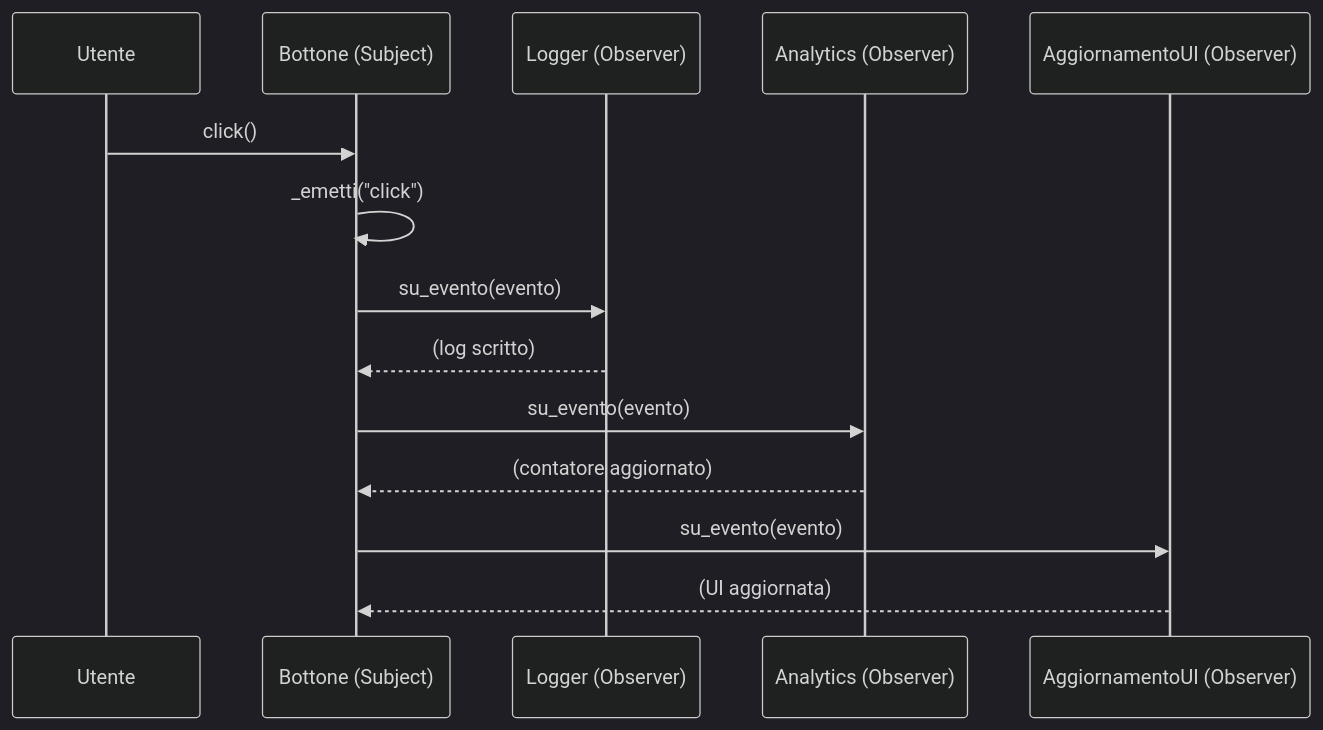
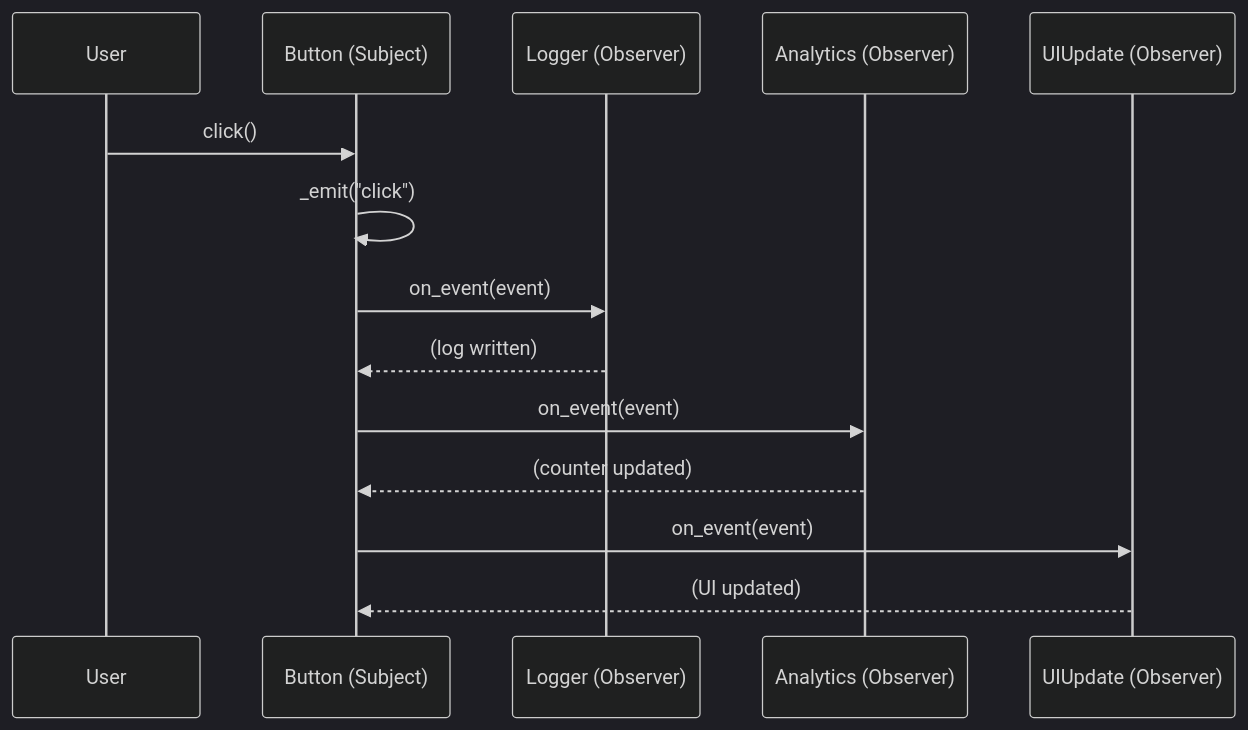
One commit to lucadileo9/design-pattern changed the third of 3 diagrams in 03_behavioral/observer/README.md. Above: the diagram before and after it, drawn with Mermaid (dark theme). The commit also changed other lines of this file and 43 other files, not shown here.

````diff
--- a/03_behavioral/observer/README.md
+++ b/03_behavioral/observer/README.md
@@ -109,17 +109,17 @@
 ```mermaid
 sequenceDiagram
-    participant Utente
-    participant Bottone as Bottone (Subject)
+    participant User
+    participant Button as Button (Subject)
     participant Logger as Logger (Observer)
     participant Analytics as Analytics (Observer)
-    participant UI as AggiornamentoUI (Observer)
+    participant UI as UIUpdate (Observer)
 
-    Utente->>Bottone: click()
-    Bottone->>Bottone: _emetti("click")
-    Bottone->>Logger: su_evento(evento)
-    Logger-->>Bottone: (log scritto)
-    Bottone->>Analytics: su_evento(evento)
-    Analytics-->>Bottone: (contatore aggiornato)
-    Bottone->>UI: su_evento(evento)
-    UI-->>Bottone: (UI aggiornata)
+    User->>Button: click()
+    Button->>Button: _emit("click")
+    Button->>Logger: on_event(event)
+    Logger-->>Button: (log written)
+    Button->>Analytics: on_event(event)
+    Analytics-->>Button: (counter updated)
+    Button->>UI: on_event(event)
+    UI-->>Button: (UI updated)
 ```
````
